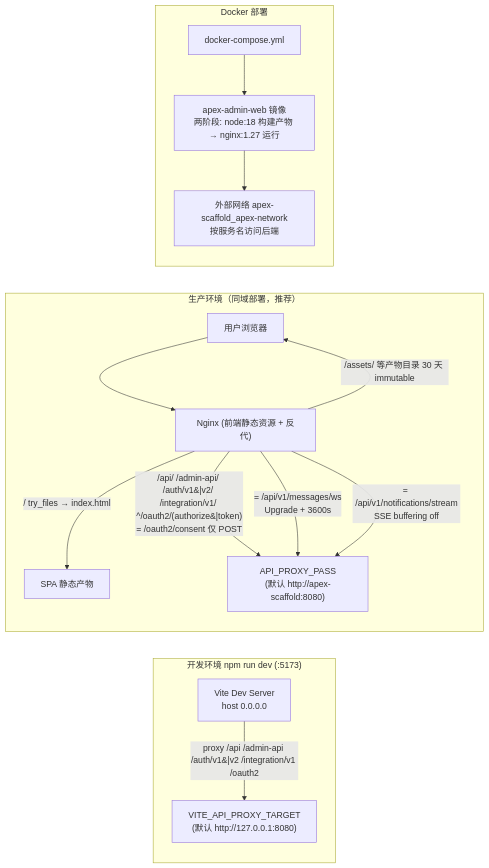
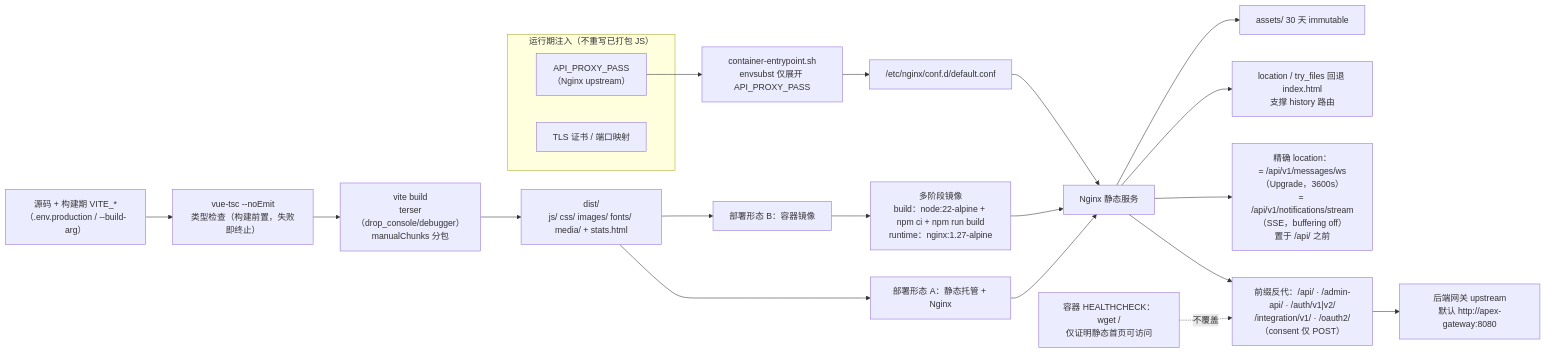
One commit to apex-cloud-service/apex-admin-web changed the diagram in docs/diagrams/architecture-overview-04.mmd. Above: the diagram before and after it, drawn with Mermaid. The commit also changed 149 other files, not shown here.

First line of the commit message:
docs(governance): FE-033 全仓文档/脚本/配置目录重组与图表重制收口

```diff
--- a/docs/diagrams/architecture-overview-04.mmd
+++ b/docs/diagrams/architecture-overview-04.mmd
@@ -1,18 +1,28 @@
 flowchart LR
-    subgraph Dev["开发环境 npm run dev (:5173)"]
-        V["Vite Dev Server<br/>host 0.0.0.0"] -->|"proxy /api /admin-api /auth/v1&#124;v2 /integration/v1 /oauth2"| D["VITE_API_PROXY_TARGET<br/>(默认 http://127.0.0.1:8080)"]
+    SRC["源码 + 构建期 VITE_*<br/>（.env.production / --build-arg）"] --> TC["vue-tsc --noEmit<br/>类型检查（构建前置，失败即终止）"]
+    TC --> BUILD["vite build<br/>terser（drop_console/debugger）<br/>manualChunks 分包"]
+    BUILD --> DIST["dist/<br/>js/ css/ images/ fonts/ media/ + stats.html"]
+
+    DIST --> N1["部署形态 A：静态托管 + Nginx"]
+    DIST --> IMG1["部署形态 B：容器镜像"]
+
+    subgraph Runtime["运行期注入（不重写已打包 JS）"]
+        ENV1["API_PROXY_PASS<br/>（Nginx upstream）"]
+        ENV2["TLS 证书 / 端口映射"]
     end
 
-    subgraph Prod["生产环境（同域部署，推荐）"]
-        U["用户浏览器"] --> N["Nginx (前端静态资源 + 反代)"]
-        N -->|"/ try_files → index.html"| SPA["SPA 静态产物"]
-        N -->|"/api/ /admin-api/ /auth/v1&#124;v2/ /integration/v1/ ^/oauth2/(authorize&#124;token)<br/>= /oauth2/consent 仅 POST"| BE2["API_PROXY_PASS<br/>(默认 http://apex-scaffold:8080)"]
-        N -->|"= /api/v1/messages/ws<br/>Upgrade + 3600s"| BE2
-        N -->|"= /api/v1/notifications/stream<br/>SSE buffering off"| BE2
-        N -->|"/assets/ 等产物目录 30 天 immutable"| U
-    end
+    ENV1 --> TPL["container-entrypoint.sh<br/>envsubst 仅展开 API_PROXY_PASS"]
+    TPL --> CONF["/etc/nginx/conf.d/default.conf"]
+    CONF --> NGX
 
-    subgraph Docker["Docker 部署"]
-        DC["docker-compose.yml"] --> IMG["apex-admin-web 镜像<br/>两阶段: node:18 构建产物 → nginx:1.27 运行"]
-        IMG --> NET["外部网络 apex-scaffold_apex-network<br/>按服务名访问后端"]
-    end
+    IMG1 --> IMG2["多阶段镜像<br/>build：node:22-alpine + npm ci + npm run build<br/>runtime：nginx:1.27-alpine"]
+    IMG2 --> NGX["Nginx 静态服务"]
+
+    N1 --> NGX
+    NGX --> A1["assets/ 30 天 immutable"]
+    NGX --> A2["location / try_files 回退 index.html<br/>支撑 history 路由"]
+    NGX --> A3["精确 location：<br/>= /api/v1/messages/ws（Upgrade，3600s）<br/>= /api/v1/notifications/stream（SSE，buffering off）<br/>置于 /api/ 之前"]
+    NGX --> A4["前缀反代：/api/ · /admin-api/ · /auth/v1|v2/<br/>/integration/v1/ · /oauth2/（consent 仅 POST）"]
+    A4 --> BE["后端网关 upstream<br/>默认 http://apex-gateway:8080"]
+
+    HC["容器 HEALTHCHECK：wget /<br/>仅证明静态首页可访问"] -.不覆盖.-> A4
```
